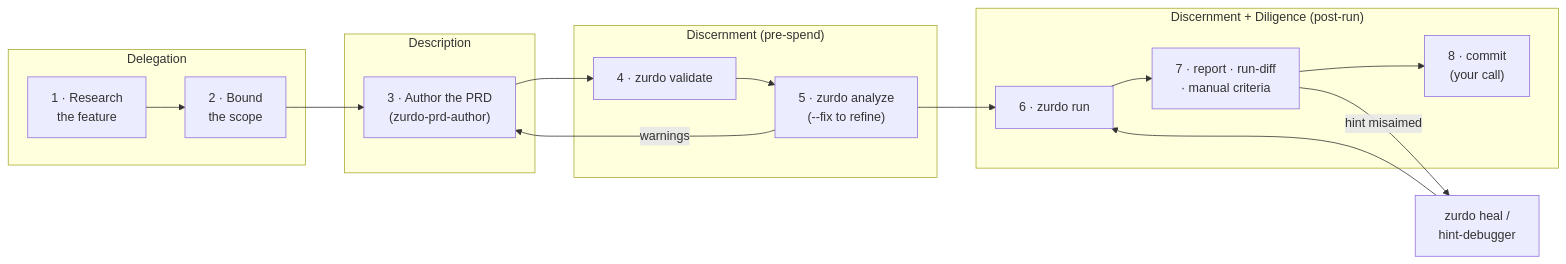
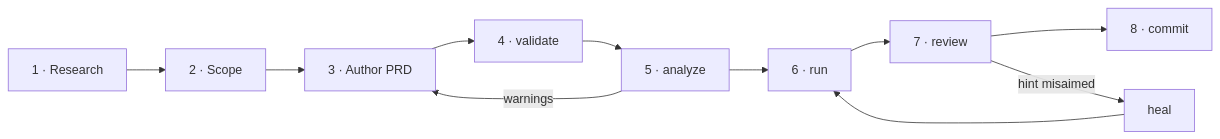
The diagram in docs/effective-use.md (NumeronAI/zurdo.github.io), drawn with Mermaid before and after one commit. The commit also changed other lines of this file and 17 other files, not shown here.

````diff
--- a/docs/effective-use.md
+++ b/docs/effective-use.md
@@ -26,20 +45,7 @@
 ```mermaid
 flowchart LR
-    subgraph D1 ["Delegation"]
-        RESEARCH["1 · Research<br/>the feature"] --> SCOPE["2 · Bound<br/>the scope"]
-    end
-    subgraph D2 ["Description"]
-        SCOPE --> AUTHOR["3 · Author the PRD<br/>(zurdo-prd-author)"]
-    end
-    subgraph D3 ["Discernment (pre-spend)"]
-        AUTHOR --> VALIDATE["4 · zurdo validate"]
-        VALIDATE --> ANALYZE["5 · zurdo analyze<br/>(--fix to refine)"]
-        ANALYZE -->|warnings| AUTHOR
-    end
-    ANALYZE --> RUN["6 · zurdo run"]
-    subgraph D4 ["Discernment + Diligence (post-run)"]
-        RUN --> REVIEW["7 · report · run-diff<br/>· manual criteria"]
-        REVIEW --> SHIP["8 · commit<br/>(your call)"]
-    end
-    REVIEW -->|hint misaimed| HEAL["zurdo heal /<br/>hint-debugger"] --> RUN
+    R1["1 · Research"] --> R2["2 · Scope"] --> R3["3 · Author PRD"] --> R4["4 · validate"] --> R5["5 · analyze"]
+    R5 -->|warnings| R3
+    R5 --> R6["6 · run"] --> R7["7 · review"] --> R8["8 · commit"]
+    R7 -->|hint misaimed| H["heal"] --> R6
 ```
````
